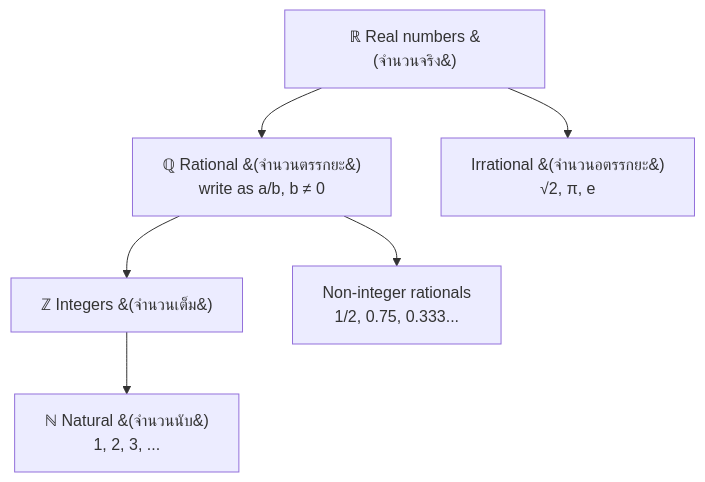
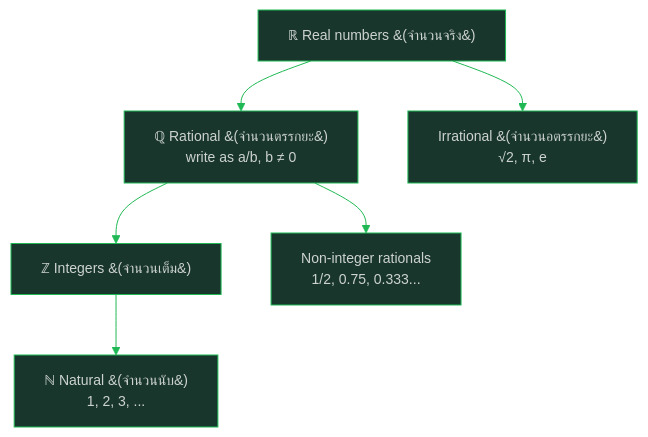
Before and after one commit to oat431/general-knowledge: the diagram in Mathematics/Cheat_Sheet/01_Numbers_and_Arithmetic.md, drawn with Mermaid. The commit also changed other lines of this file and 50 other files, not shown here.

````diff
--- a/Mathematics/Cheat_Sheet/01_Numbers_and_Arithmetic.md
+++ b/Mathematics/Cheat_Sheet/01_Numbers_and_Arithmetic.md
@@ -20,14 +20,15 @@
 ```mermaid
+%%{init: {'theme':'base','themeVariables':{'primaryColor':'#19362D','primaryTextColor':'#CDD3D1','primaryBorderColor':'#1FB854','lineColor':'#1FB854','background':'#1B1717','mainBkg':'#19362D','clusterBkg':'#161212','edgeLabelBackground':'#161212','titleColor':'#1FB854','fontSize':'14px'}}}%%
 flowchart TD
     R["ℝ Real numbers &#40;จำนวนจริง&#41;"]
     Q["ℚ Rational &#40;จำนวนตรรกยะ&#41;\nwrite as a/b, b ≠ 0"]
     IQ["Irrational &#40;จำนวนอตรรกยะ&#41;\n√2, π, e"]
     Z["ℤ Integers &#40;จำนวนเต็ม&#41;"]
     N["ℕ Natural &#40;จำนวนนับ&#41;\n1, 2, 3, ..."]
     F["Non-integer rationals\n1/2, 0.75, 0.333..."]
     R --> Q
     R --> IQ
     Q --> Z
     Q --> F
     Z --> N
 ```
````
